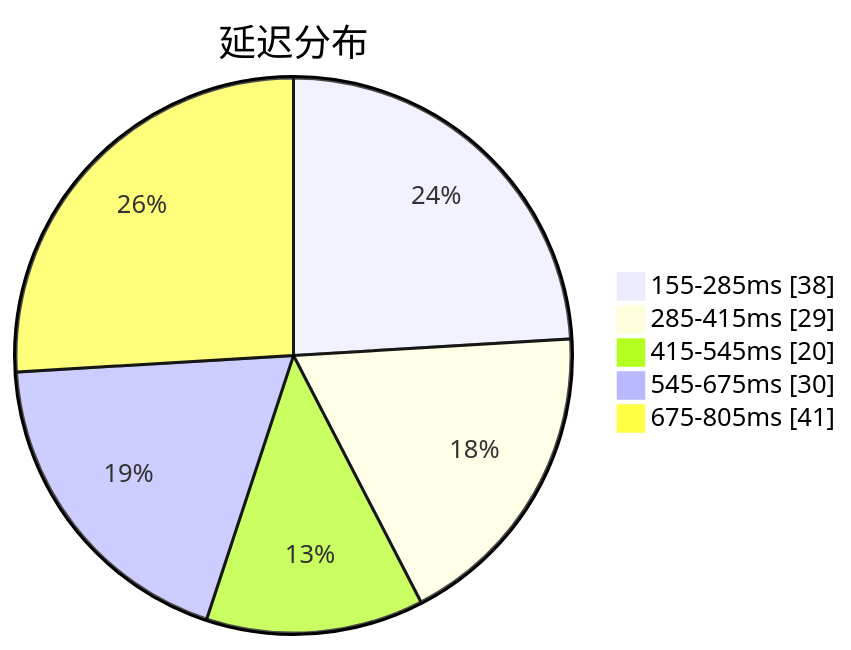
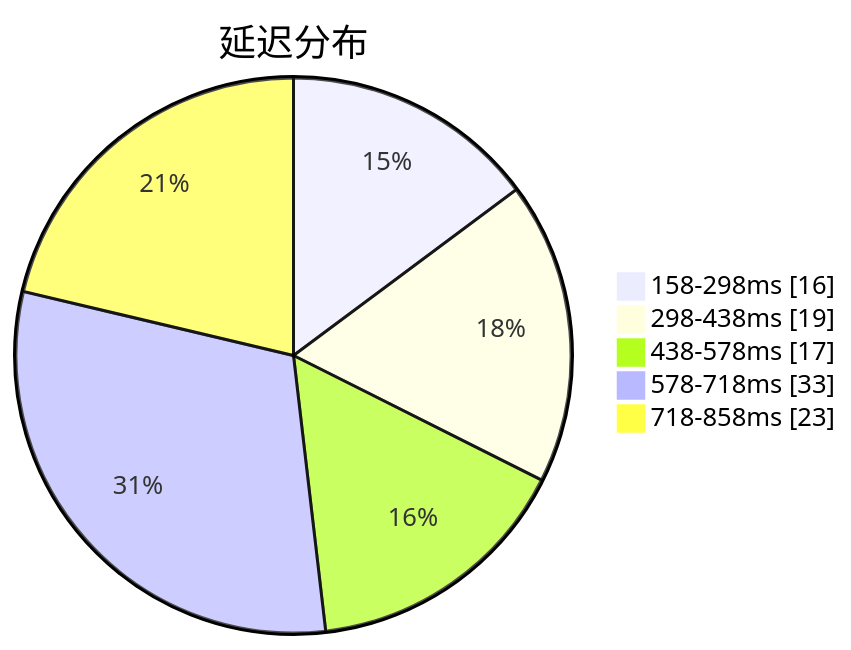
The first of 3 diagrams in subs/statistics/tested_within.md (qjlxg/airport), drawn with Mermaid before and after one commit. The commit also changed other lines of this file and 2 other files, not shown here.

````diff
--- a/subs/statistics/tested_within.md
+++ b/subs/statistics/tested_within.md
@@ -2,9 +2,9 @@
 ```mermaid
 pie showData
 title 延迟分布
-"155-285ms" : 38
-"285-415ms" : 29
-"415-545ms" : 20
-"545-675ms" : 30
-"675-805ms" : 41
+"158-298ms" : 16
+"298-438ms" : 19
+"438-578ms" : 17
+"578-718ms" : 33
+"718-858ms" : 23
 ```
````
